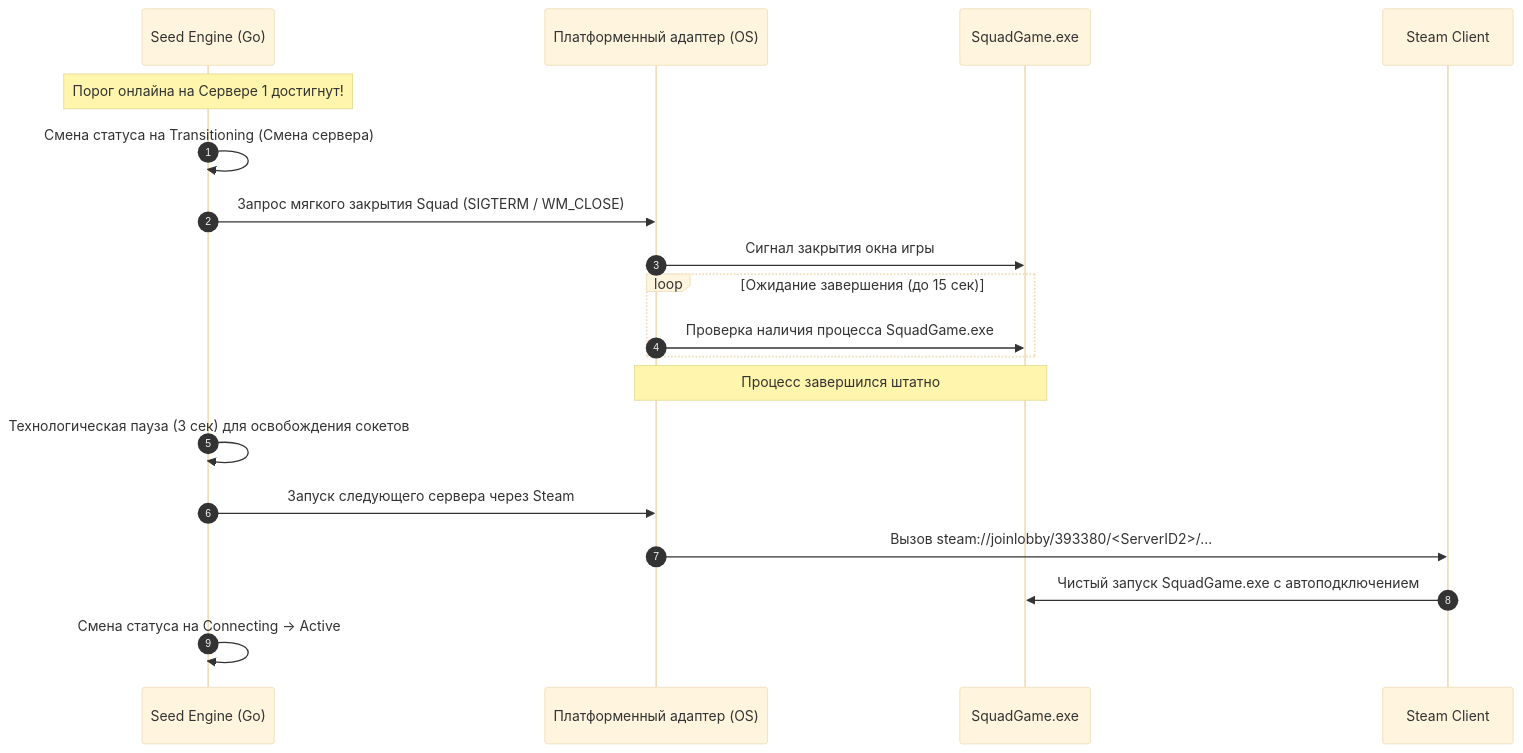
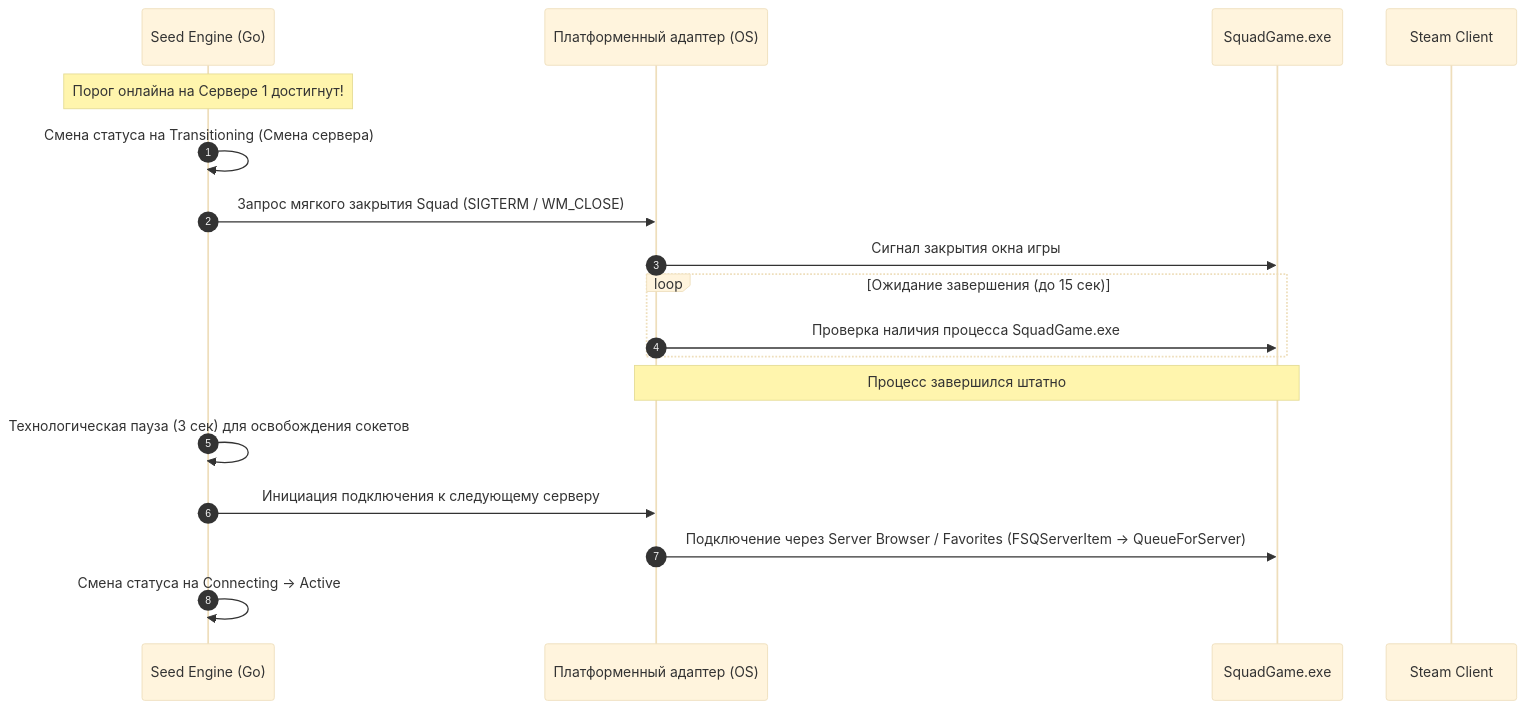
One commit to genprayer/CitadelSentry changed the third of 4 diagrams in ARCHITECTURE.md. Above: the diagram before and after it, drawn with Mermaid (base theme). The commit also changed other lines of this file and 4 other files, not shown here.

````diff
--- a/ARCHITECTURE.md
+++ b/ARCHITECTURE.md
@@ -100,24 +106,23 @@
 ```mermaid
 sequenceDiagram
     autonumber
     participant Engine as Seed Engine (Go)
     participant OS as Платформенный адаптер (OS)
     participant Squad as SquadGame.exe
     participant Steam as Steam Client
 
     Note over Engine: Порог онлайна на Сервере 1 достигнут!
     Engine->>Engine: Смена статуса на Transitioning (Смена сервера)
     Engine->>OS: Запрос мягкого закрытия Squad (SIGTERM / WM_CLOSE)
     OS->>Squad: Сигнал закрытия окна игры
     
     loop Ожидание завершения (до 15 сек)
         OS->>Squad: Проверка наличия процесса SquadGame.exe
     end
     Note over OS,Squad: Процесс завершился штатно
     
     Engine->>Engine: Технологическая пауза (3 сек) для освобождения сокетов
-    Engine->>OS: Запуск следующего сервера через Steam
-    OS->>Steam: Вызов steam://joinlobby/393380/<ServerID2>/...
-    Steam->>Squad: Чистый запуск SquadGame.exe с автоподключением
+    Engine->>OS: Инициация подключения к следующему серверу
+    OS->>Squad: Подключение через Server Browser / Favorites (FSQServerItem -> QueueForServer)
     Engine->>Engine: Смена статуса на Connecting -> Active
 ```
````
